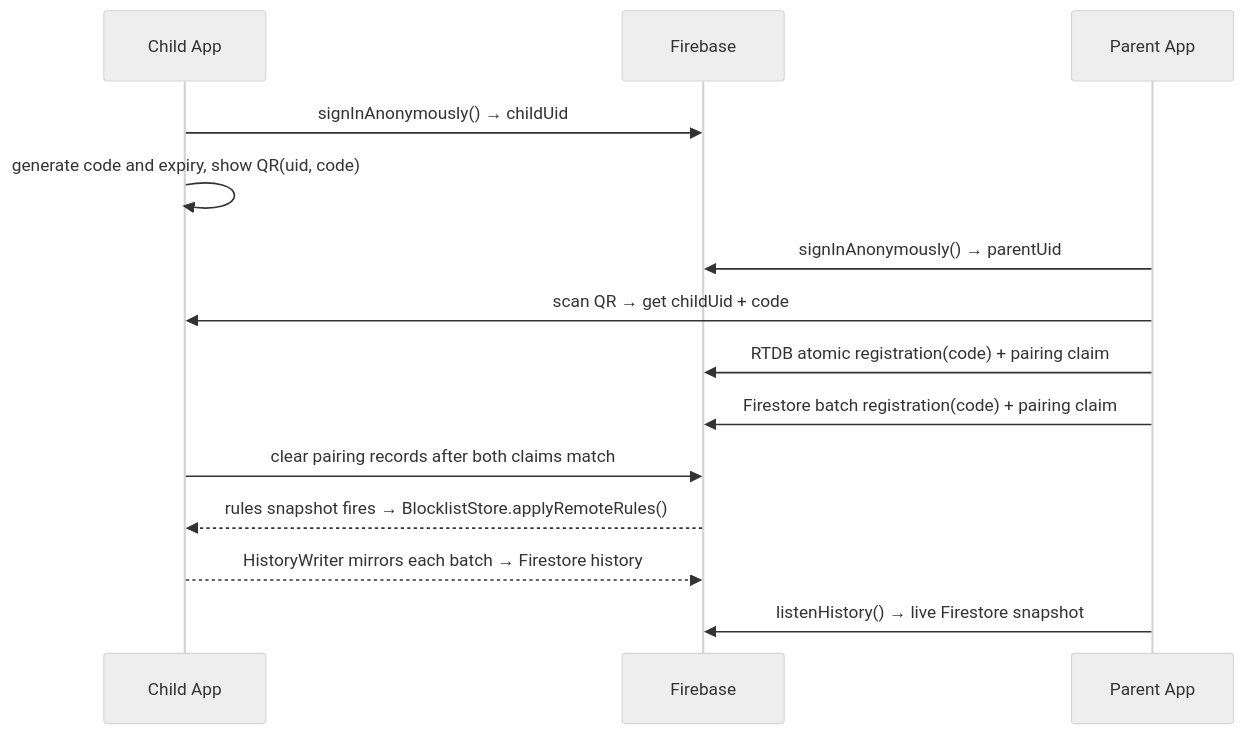
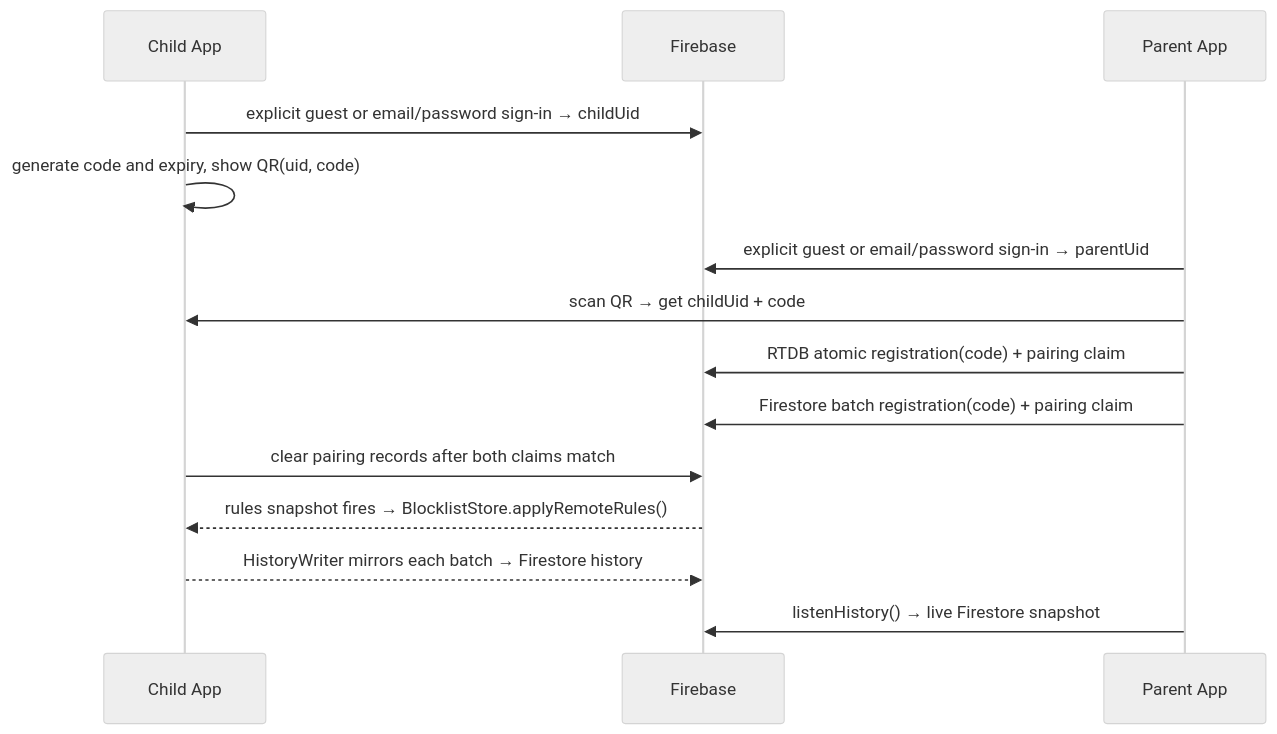
One commit to STARFALL088/Tracewall changed the third of 3 diagrams in README.md. Above: the diagram before and after it, drawn with Mermaid (neutral theme). The commit also changed other lines of this file and 6 other files, not shown here.

````diff
--- a/README.md
+++ b/README.md
@@ -399,17 +400,17 @@
 ```mermaid
 sequenceDiagram
     participant Child as Child App
     participant FB    as Firebase
     participant Parent as Parent App
 
-    Child  ->> FB    : signInAnonymously() → childUid
+    Child  ->> FB    : explicit guest or email/password sign-in → childUid
     Child  ->> Child : generate code and expiry, show QR(uid, code)
-    Parent ->> FB    : signInAnonymously() → parentUid
+    Parent ->> FB    : explicit guest or email/password sign-in → parentUid
     Parent ->> Child : scan QR → get childUid + code
     Parent ->> FB    : RTDB atomic registration(code) + pairing claim
     Parent ->> FB    : Firestore batch registration(code) + pairing claim
     Child  ->> FB    : clear pairing records after both claims match
     FB     -->> Child : rules snapshot fires → BlocklistStore.applyRemoteRules()
     Child  -->> FB    : HistoryWriter mirrors each batch → Firestore history
     Parent ->> FB    : listenHistory() → live Firestore snapshot
 ```
````
